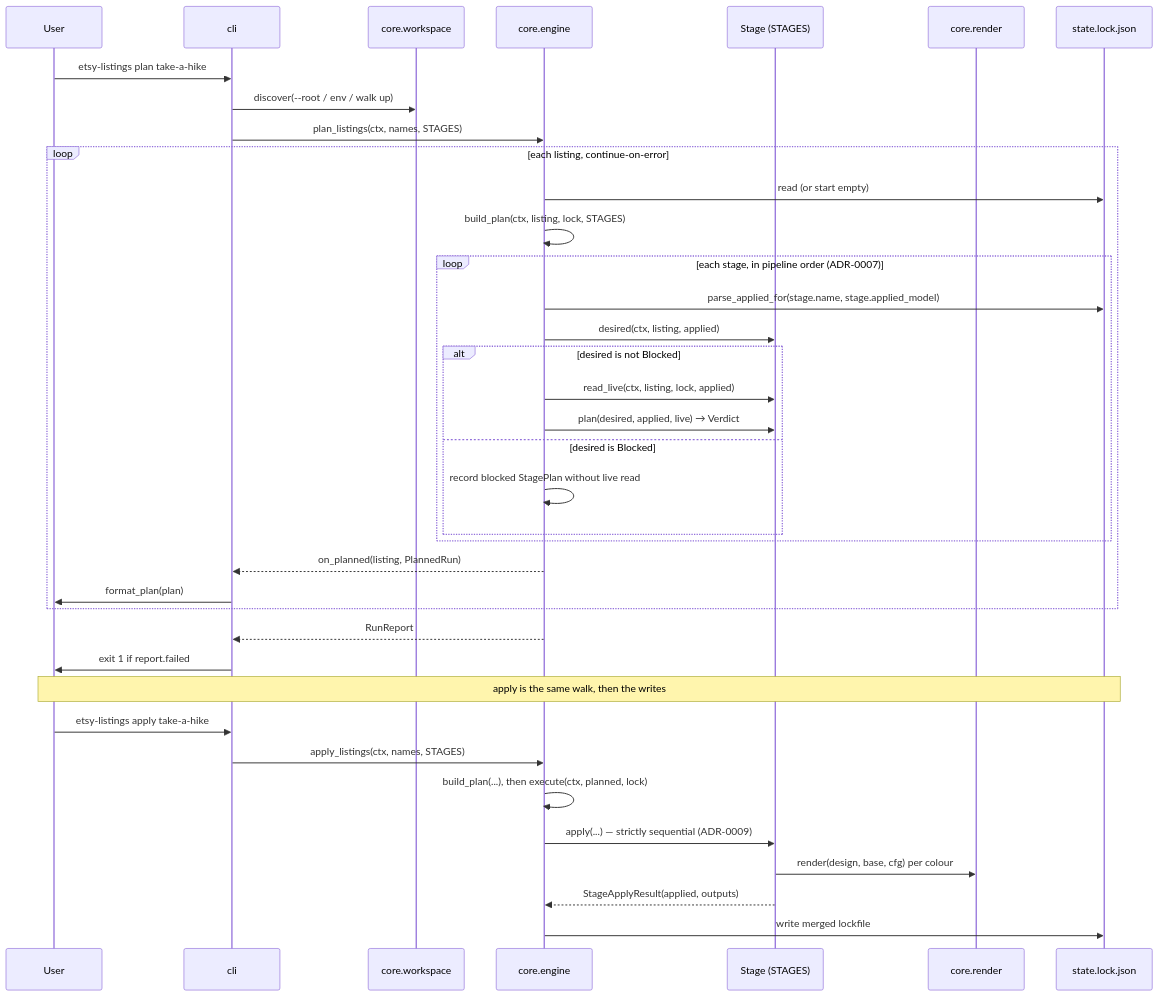
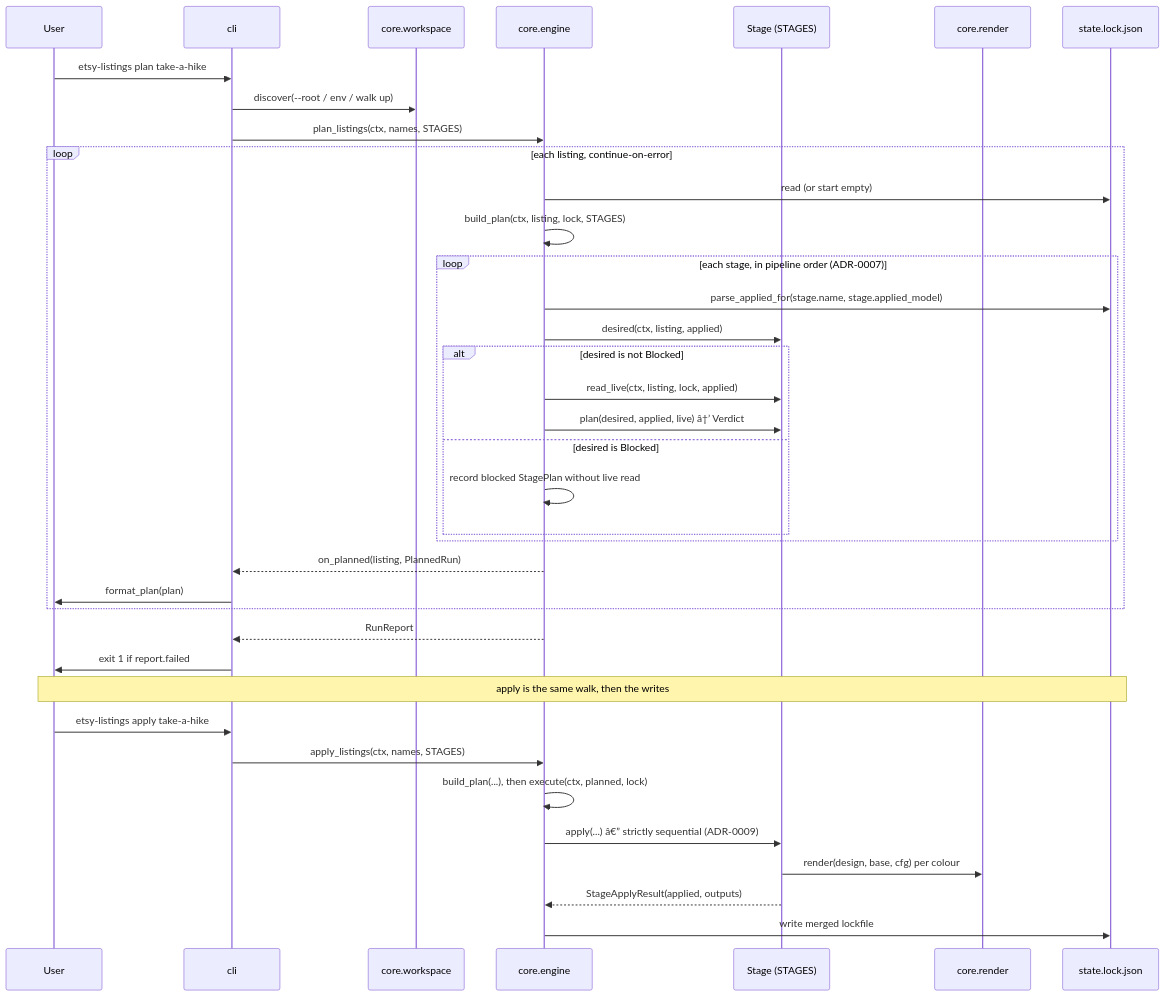
The second of 5 diagrams in docs/architecture.md (eli-jordan/etsy-listing-automation), drawn with Mermaid before and after one commit. The commit also changed other lines of this file and 255 other files, not shown here.

````diff
--- a/docs/architecture.md
+++ b/docs/architecture.md
@@ -145,45 +149,45 @@
 ```mermaid
 sequenceDiagram
     participant User
     participant CLI as cli
     participant WS as core.workspace
     participant Engine as core.engine
     participant Stage as Stage (STAGES)
     participant Render as core.render
     participant Lock as state.lock.json
 
     User->>CLI: etsy-listings plan take-a-hike
     CLI->>WS: discover(--root / env / walk up)
     CLI->>Engine: plan_listings(ctx, names, STAGES)
 
     loop each listing, continue-on-error
         Engine->>Lock: read (or start empty)
         Engine->>Engine: build_plan(ctx, listing, lock, STAGES)
 
         loop each stage, in pipeline order (ADR-0007)
             Engine->>Lock: parse_applied_for(stage.name, stage.applied_model)
             Engine->>Stage: desired(ctx, listing, applied)
             alt desired is not Blocked
                 Engine->>Stage: read_live(ctx, listing, lock, applied)
-                Engine->>Stage: plan(desired, applied, live) → Verdict
+                Engine->>Stage: plan(desired, applied, live) â†’ Verdict
             else desired is Blocked
                 Engine->>Engine: record blocked StagePlan without live read
             end
         end
 
         Engine-->>CLI: on_planned(listing, PlannedRun)
         CLI->>User: format_plan(plan)
     end
 
     Engine-->>CLI: RunReport
     CLI->>User: exit 1 if report.failed
 
     Note over User,Lock: apply is the same walk, then the writes
     User->>CLI: etsy-listings apply take-a-hike
     CLI->>Engine: apply_listings(ctx, names, STAGES)
     Engine->>Engine: build_plan(...), then execute(ctx, planned, lock)
-    Engine->>Stage: apply(...) — strictly sequential (ADR-0009)
+    Engine->>Stage: apply(...) â€” strictly sequential (ADR-0009)
     Stage->>Render: render(design, base, cfg) per colour
     Stage-->>Engine: StageApplyResult(applied, outputs)
     Engine->>Lock: write merged lockfile
 ```
````
